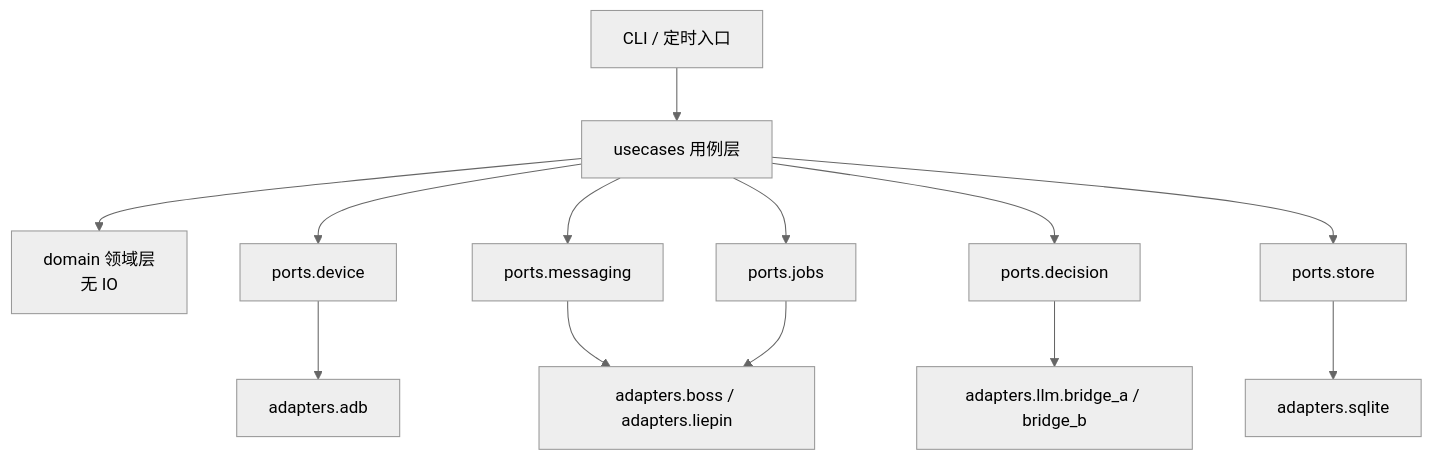
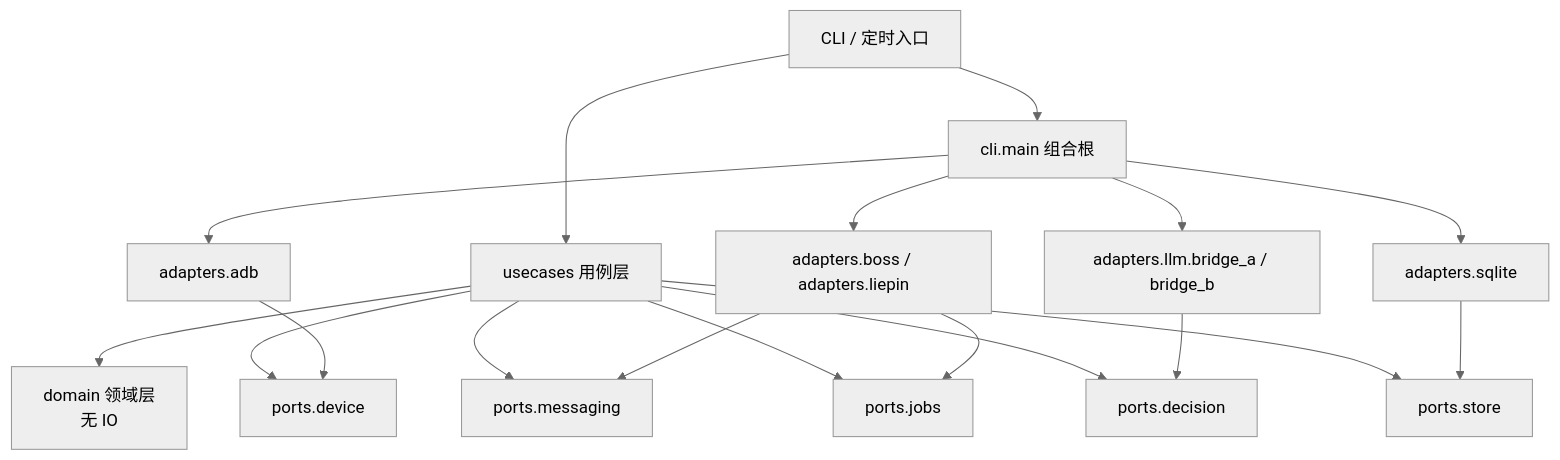
Before and after one commit to bin448482/job-application-openagent: the diagram in docs/求职自动化_多应用扩展与分层_设计说明_20261123.md, drawn with Mermaid (neutral theme). The commit also changed other lines of this file and 4 other files, not shown here.

````diff
--- a/docs/求职自动化_多应用扩展与分层_设计说明_20261123.md
+++ b/docs/求职自动化_多应用扩展与分层_设计说明_20261123.md
@@ -23,15 +25,20 @@
 ```mermaid
 flowchart TD
   CLI[CLI / 定时入口] --> UC[usecases 用例层]
   UC --> DOM[domain 领域层<br/>无 IO]
   UC --> P1[ports.device]
   UC --> P2[ports.messaging]
   UC --> P3[ports.jobs]
   UC --> P4[ports.decision]
   UC --> P5[ports.store]
-  P1 --> A1[adapters.adb]
-  P2 --> A2[adapters.boss / adapters.liepin]
-  P3 --> A2
-  P4 --> A3[adapters.llm.bridge_a / bridge_b]
-  P5 --> A4[adapters.sqlite]
+  A1[adapters.adb] --> P1
+  A2[adapters.boss / adapters.liepin] --> P2
+  A2 --> P3
+  A3[adapters.llm.bridge_a / bridge_b] --> P4
+  A4[adapters.sqlite] --> P5
+  CLI --> W[cli.main 组合根]
+  W --> A1
+  W --> A2
+  W --> A3
+  W --> A4
 ```
````
